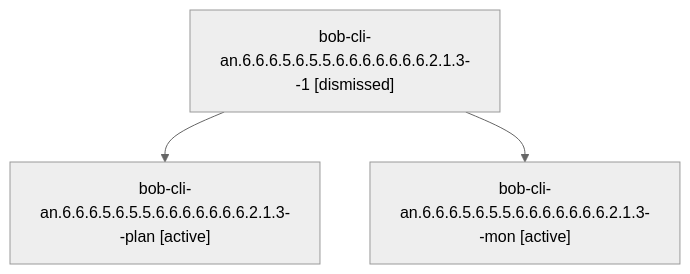
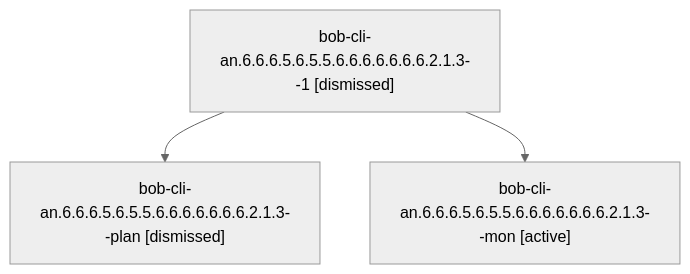
The diagram in sessions/bbugyi200.athena.bob-cli-an.6.6.6.5.6.5.5.6.6.6.6.6.6.6.2.1.3.md (bobs-org/bob-cli--agents), drawn with Mermaid (neutral theme) before and after one commit. The commit also changed other lines of this file and 551 other files, not shown here.

````diff
--- a/sessions/bbugyi200.athena.bob-cli-an.6.6.6.5.6.5.5.6.6.6.6.6.6.6.2.1.3.md
+++ b/sessions/bbugyi200.athena.bob-cli-an.6.6.6.5.6.5.5.6.6.6.6.6.6.6.2.1.3.md
@@ -9,8 +9,8 @@
 ```mermaid
 flowchart TD
   n0["bob-cli-an.6.6.6.5.6.5.5.6.6.6.6.6.6.6.2.1.3--1 [dismissed]"]
-  n1["bob-cli-an.6.6.6.5.6.5.5.6.6.6.6.6.6.6.2.1.3--plan [active]"]
+  n1["bob-cli-an.6.6.6.5.6.5.5.6.6.6.6.6.6.6.2.1.3--plan [dismissed]"]
   n0 --> n1
   n2["bob-cli-an.6.6.6.5.6.5.5.6.6.6.6.6.6.6.2.1.3--mon [active]"]
   n0 --> n2
 ```
````
